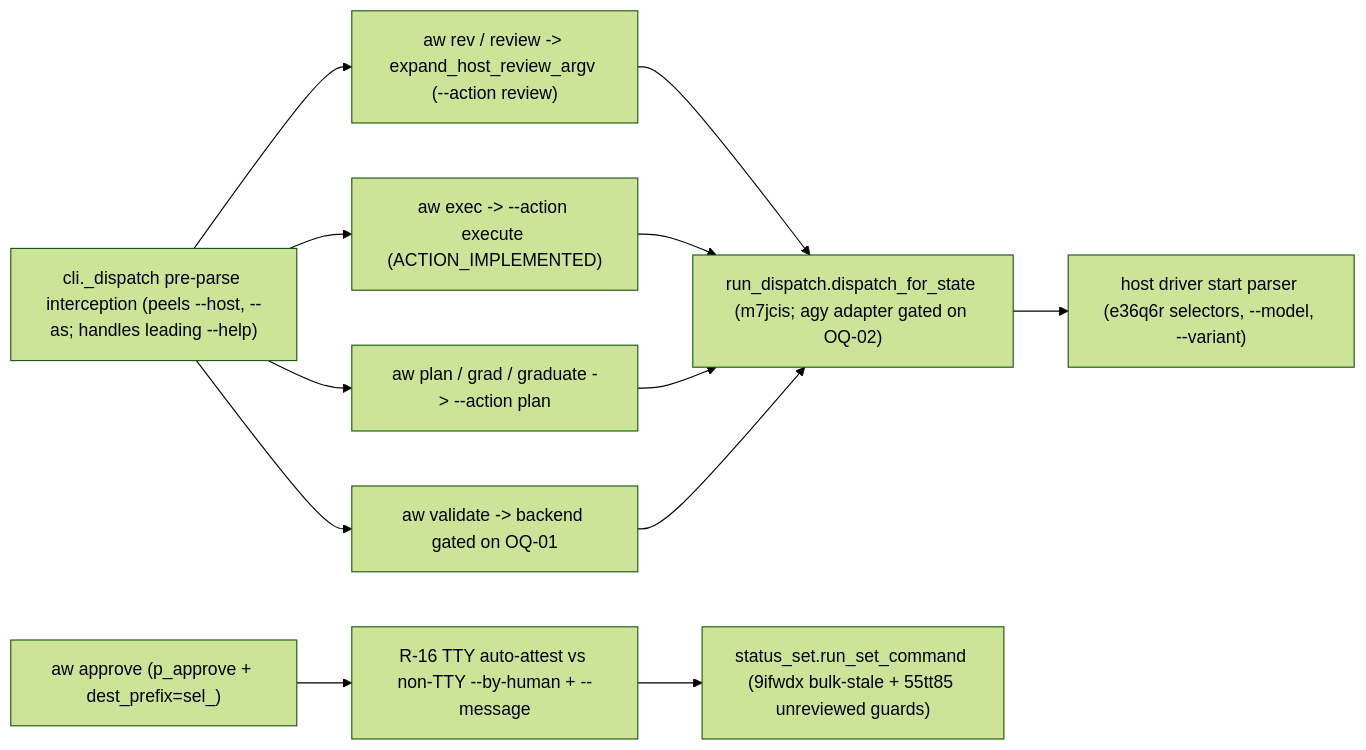
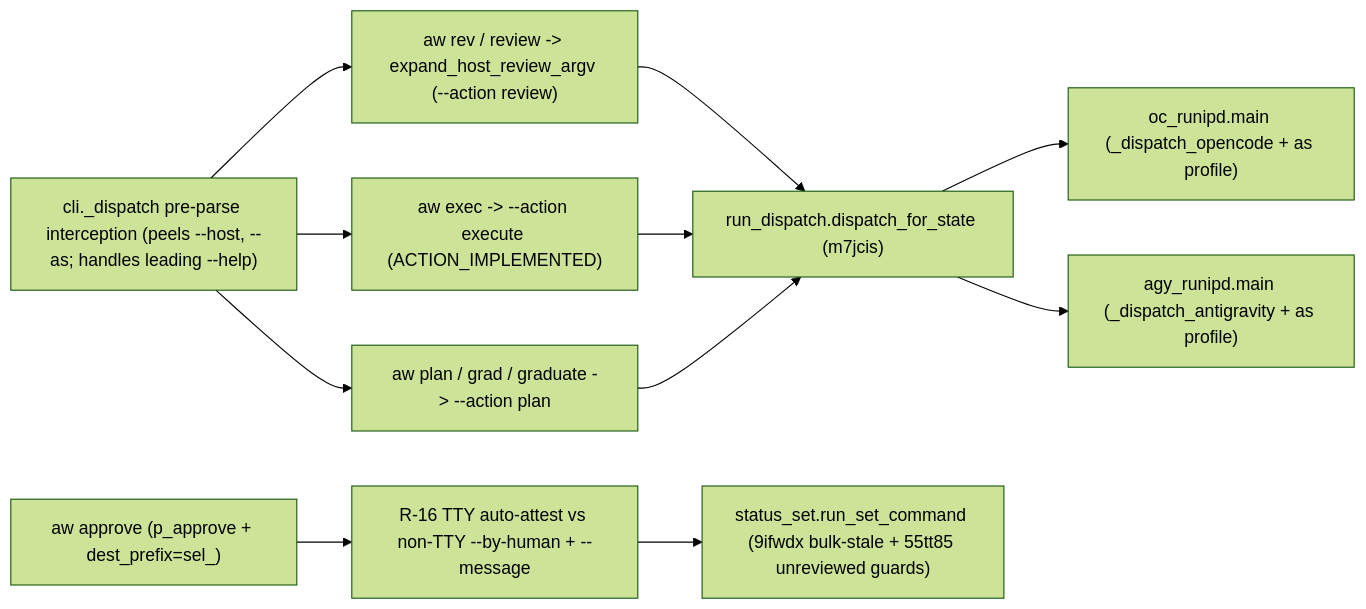
The diagram in .aw/records/plans/pending/20261122-cliverbs-03-xocj8i-add-verb-first-top-level-cli-commands-review-exec-grad-appro.ipd.md (fariello/agent-workflows), drawn with Mermaid (forest theme) before and after one commit. The commit also changed other lines of this file and 2 other files, not shown here.

````diff
--- a/.aw/records/plans/pending/20261122-cliverbs-03-xocj8i-add-verb-first-top-level-cli-commands-review-exec-grad-appro.ipd.md
+++ b/.aw/records/plans/pending/20261122-cliverbs-03-xocj8i-add-verb-first-top-level-cli-commands-review-exec-grad-appro.ipd.md
@@ -37,14 +38,13 @@
 ```mermaid
 flowchart LR
     CLI["cli._dispatch pre-parse interception (peels --host, --as; handles leading --help)"] --> REV["aw rev / review -> expand_host_review_argv (--action review)"]
     CLI --> EXE["aw exec -> --action execute (ACTION_IMPLEMENTED)"]
     CLI --> GRD["aw plan / grad / graduate -> --action plan"]
-    CLI --> VAL["aw validate -> backend gated on OQ-01"]
-    REV --> DISP["run_dispatch.dispatch_for_state (m7jcis; agy adapter gated on OQ-02)"]
+    REV --> DISP["run_dispatch.dispatch_for_state (m7jcis)"]
     EXE --> DISP
     GRD --> DISP
-    VAL --> DISP
-    DISP --> DRV["host driver start parser (e36q6r selectors, --model, --variant)"]
+    DISP --> OC["oc_runipd.main (_dispatch_opencode + as profile)"]
+    DISP --> AGY["agy_runipd.main (_dispatch_antigravity + as profile)"]
     APP["aw approve (p_approve + dest_prefix=sel_)"] --> GATE["R-16 TTY auto-attest vs non-TTY --by-human + --message"]
     GATE --> SET["status_set.run_set_command (9ifwdx bulk-stale + 55tt85 unreviewed guards)"]
 ```
````
